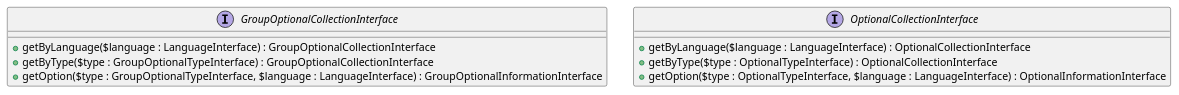
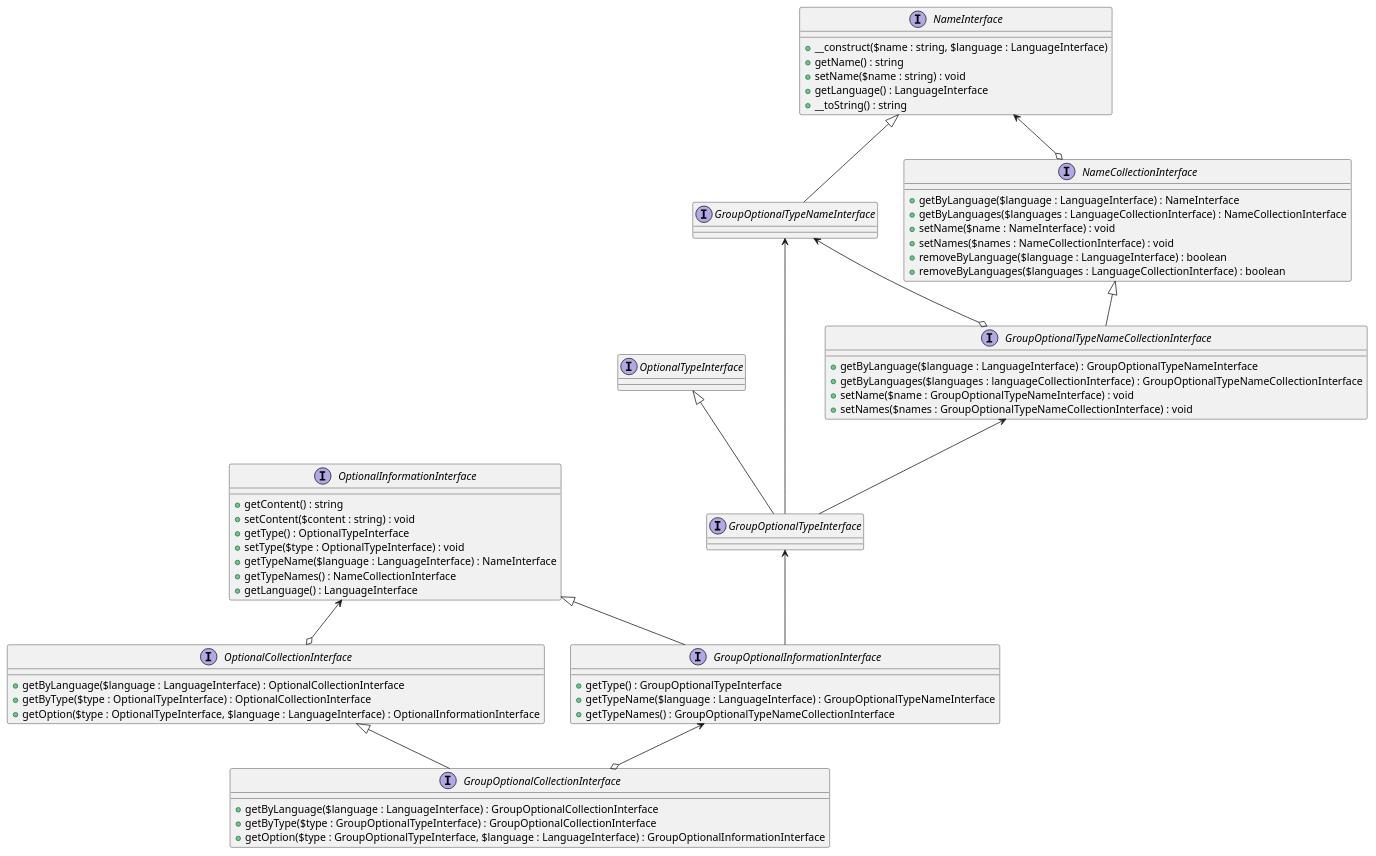
Before and after one commit to NUOCW/ocw-cms: the diagram in doc/diagram/NUOCW/CoreBundle/Entity/Group/GroupOptionalInformation.puml, drawn with PlantUML.

```diff
--- a/doc/diagram/NUOCW/CoreBundle/Entity/Group/GroupOptionalInformation.puml
+++ b/doc/diagram/NUOCW/CoreBundle/Entity/Group/GroupOptionalInformation.puml
@@ -1,15 +1,83 @@
 @startuml
 
 interface GroupOptionalCollectionInterface{
     +getByLanguage($language : LanguageInterface) : GroupOptionalCollectionInterface
     +getByType($type : GroupOptionalTypeInterface) : GroupOptionalCollectionInterface
     +getOption($type : GroupOptionalTypeInterface, $language : LanguageInterface) : GroupOptionalInformationInterface
 }
 
 interface OptionalCollectionInterface{
     +getByLanguage($language : LanguageInterface) : OptionalCollectionInterface
     +getByType($type : OptionalTypeInterface) : OptionalCollectionInterface
     +getOption($type : OptionalTypeInterface, $language : LanguageInterface) : OptionalInformationInterface
 }
 
+interface GroupOptionalInformationInterface{
+    +getType() : GroupOptionalTypeInterface
+    +getTypeName($language : LanguageInterface) : GroupOptionalTypeNameInterface
+    +getTypeNames() : GroupOptionalTypeNameCollectionInterface
+}
+
+Interface OptionalInformationInterface{
+    +getContent() : string
+    +setContent($content : string) : void
+    +getType() : OptionalTypeInterface
+    +setType($type : OptionalTypeInterface) : void
+    +getTypeName($language : LanguageInterface) : NameInterface
+    +getTypeNames() : NameCollectionInterface
+    +getLanguage() : LanguageInterface
+}
+
+Interface GroupOptionalTypeInterface{
+}
+
+interface OptionalTypeInterface{
+}
+
+interface GroupOptionalTypeNameInterface{
+}
+
+interface GroupOptionalTypeNameCollectionInterface{
+    +getByLanguage($language : LanguageInterface) : GroupOptionalTypeNameInterface
+    +getByLanguages($languages : languageCollectionInterface) : GroupOptionalTypeNameCollectionInterface
+    +setName($name : GroupOptionalTypeNameInterface) : void
+    +setNames($names : GroupOptionalTypeNameCollectionInterface) : void
+}
+
+interface NameInterface{
+    +__construct($name : string, $language : LanguageInterface)
+    +getName() : string
+    +setName($name : string) : void
+    +getLanguage() : LanguageInterface
+    +__toString() : string
+}
+
+interface NameCollectionInterface{
+    +getByLanguage($language : LanguageInterface) : NameInterface
+    +getByLanguages($languages : LanguageCollectionInterface) : NameCollectionInterface
+    +setName($name : NameInterface) : void
+    +setNames($names : NameCollectionInterface) : void
+    +removeByLanguage($language : LanguageInterface) : boolean
+    +removeByLanguages($languages : LanguageCollectionInterface) : boolean
+}
+
+OptionalCollectionInterface <|-- GroupOptionalCollectionInterface
+GroupOptionalInformationInterface <--o GroupOptionalCollectionInterface
+
+OptionalInformationInterface <--o OptionalCollectionInterface
+
+OptionalInformationInterface <|-- GroupOptionalInformationInterface
+GroupOptionalTypeInterface <-- GroupOptionalInformationInterface
+
+OptionalTypeInterface <|-- GroupOptionalTypeInterface
+GroupOptionalTypeNameInterface <-- GroupOptionalTypeInterface
+GroupOptionalTypeNameCollectionInterface <-- GroupOptionalTypeInterface
+
+NameInterface <|-- GroupOptionalTypeNameInterface
+
+GroupOptionalTypeNameInterface <--o GroupOptionalTypeNameCollectionInterface
+NameCollectionInterface <|-- GroupOptionalTypeNameCollectionInterface
+
+NameInterface <--o NameCollectionInterface
+
 @enduml
```
